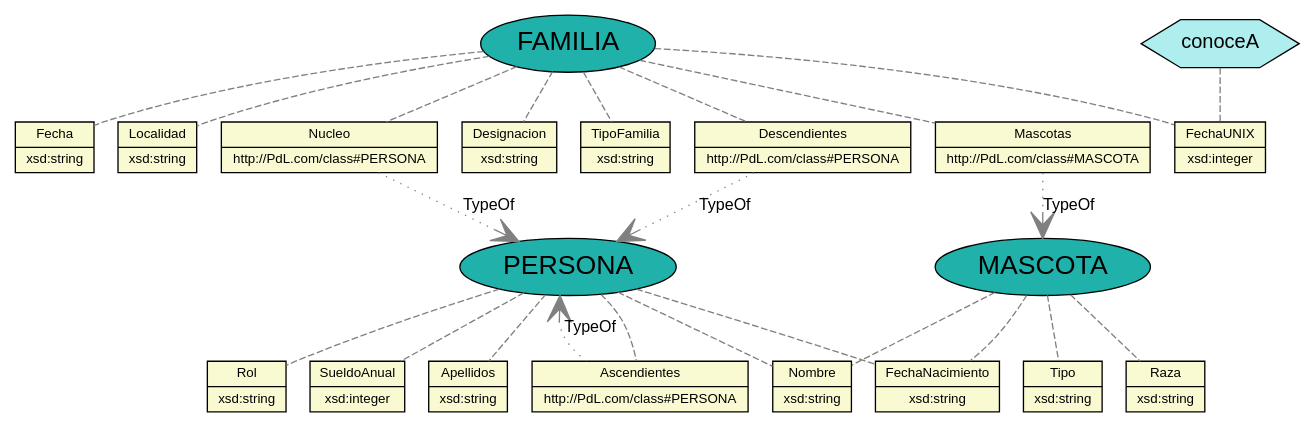
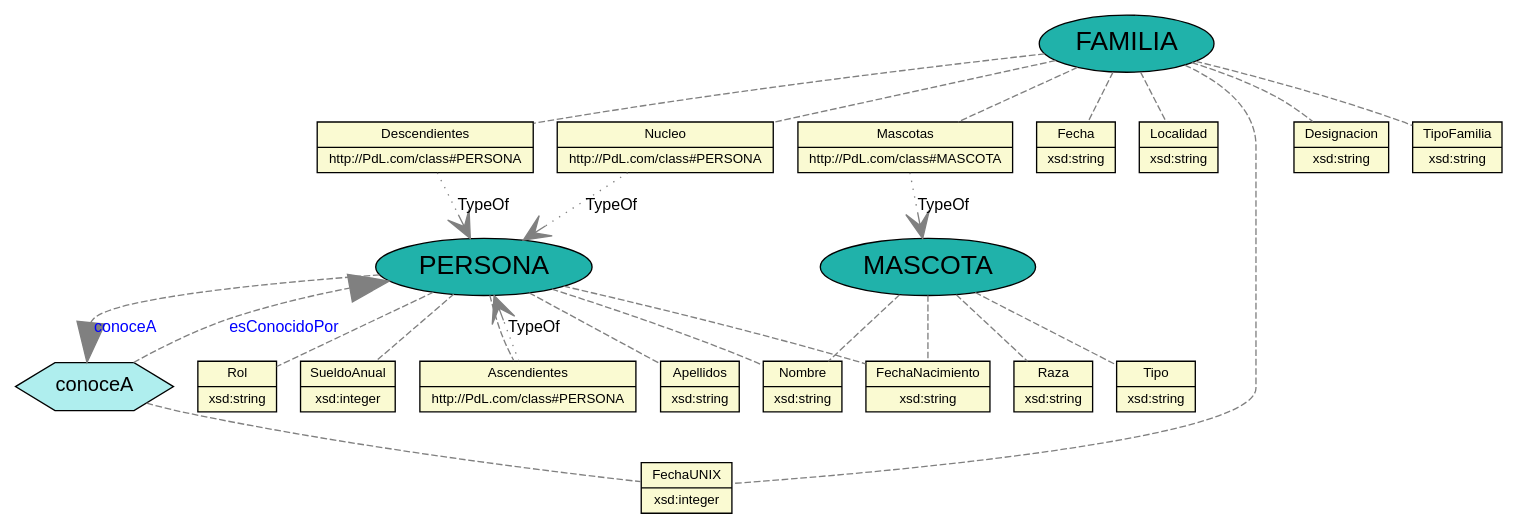
Before and after one commit to JuanCasado/Lenguajes: the diagram in Output/archivo_dot_domain.dot, drawn with Graphviz. The commit also changed 12 other files, not shown here.

```diff
--- a/Output/archivo_dot_domain.dot
+++ b/Output/archivo_dot_domain.dot
@@ -1,65 +1,71 @@
 graph ejemplo{
 //Defecto
 node [fontname="Arial"];
 edge [fontname="Arial",fontsize=12];
 
 //PROPERTIES
 node[fontsize=10, fillcolor="lightgoldenrodyellow", style="filled", shape="record", ]
 property_Apellidos [label="{Apellidos|xsd:string}"];
 property_Mascotas [label="{Mascotas|http://PdL.com/class#MASCOTA}"];
 property_Fecha [label="{Fecha|xsd:string}"];
 property_FechaNacimiento [label="{FechaNacimiento|xsd:string}"];
 property_Tipo [label="{Tipo|xsd:string}"];
 property_Descendientes [label="{Descendientes|http://PdL.com/class#PERSONA}"];
 property_Raza [label="{Raza|xsd:string}"];
 property_Localidad [label="{Localidad|xsd:string}"];
 property_Rol [label="{Rol|xsd:string}"];
 property_SueldoAnual [label="{SueldoAnual|xsd:integer}"];
 property_FechaUNIX [label="{FechaUNIX|xsd:integer}"];
 property_Nucleo [label="{Nucleo|http://PdL.com/class#PERSONA}"];
 property_Nombre [label="{Nombre|xsd:string}"];
 property_Ascendientes [label="{Ascendientes|http://PdL.com/class#PERSONA}"];
 property_Designacion [label="{Designacion|xsd:string}"];
 property_TipoFamilia [label="{TipoFamilia|xsd:string}"];
 
 //CLASES
 node[fontsize=20, fillcolor="lightseagreen", style="filled", shape="ellipse", ]
 class_PERSONA [label=PERSONA];
 class_MASCOTA [label=MASCOTA];
 class_FAMILIA [label=FAMILIA];
 
 //RELACIONES
 node[fontsize=15, fillcolor="paleturquoise", style="filled", shape="hexagon", ]
 relationship_conoceA [label=conoceA];
 
 //CLASE -- PROPIEDAD
 edge[len_relationship="3", style="dashed", color="grey", ]
+class_PERSONA -- property_Nombre;
+class_PERSONA -- property_Apellidos;
+class_PERSONA -- property_Rol;
+class_PERSONA -- property_FechaNacimiento;
+class_PERSONA -- property_SueldoAnual;
+class_PERSONA -- property_Ascendientes;
+class_MASCOTA -- property_Tipo;
+class_MASCOTA -- property_Nombre;
+class_MASCOTA -- property_Raza;
+class_MASCOTA -- property_FechaNacimiento;
+class_FAMILIA -- property_FechaUNIX;
+class_FAMILIA -- property_Fecha;
+class_FAMILIA -- property_Localidad;
+class_FAMILIA -- property_TipoFamilia;
+class_FAMILIA -- property_Designacion;
+class_FAMILIA -- property_Nucleo;
+class_FAMILIA -- property_Descendientes;
+class_FAMILIA -- property_Mascotas;
 
-class_PERSONA -- property_Nombre
-class_PERSONA -- property_Apellidos
-class_PERSONA -- property_Rol
-class_PERSONA -- property_FechaNacimiento
-class_PERSONA -- property_SueldoAnual
-class_PERSONA -- property_Ascendientes
-class_MASCOTA -- property_Tipo
-class_MASCOTA -- property_Nombre
-class_MASCOTA -- property_Raza
-class_MASCOTA -- property_FechaNacimiento
-class_FAMILIA -- property_FechaUNIX
-class_FAMILIA -- property_Fecha
-class_FAMILIA -- property_Localidad
-class_FAMILIA -- property_TipoFamilia
-class_FAMILIA -- property_Designacion
-class_FAMILIA -- property_Nucleo
-class_FAMILIA -- property_Descendientes
-class_FAMILIA -- property_Mascotas
 //RELACION -- PROPIEDAD
-relationship_conoceA -- property_FechaUNIX
-edge[arrowsize=2, style="dotted", arrowhead="vee", dir="forward", ]
+relationship_conoceA -- property_FechaUNIX;
+
 // uso indirecto de definición de tipos
-property_Mascotas -- class_MASCOTA [label="TypeOf"];
-property_Descendientes -- class_PERSONA [label="TypeOf"];
-property_Nucleo -- class_PERSONA [label="TypeOf"];
-property_Ascendientes -- class_PERSONA [label="TypeOf"];
+property_Mascotas -- class_MASCOTA [arrowsize=2, style="dotted", arrowhead="vee", dir="forward", label="TypeOf"];
+property_Descendientes -- class_PERSONA [arrowsize=2, style="dotted", arrowhead="vee", dir="forward", label="TypeOf"];
+property_Nucleo -- class_PERSONA [arrowsize=2, style="dotted", arrowhead="vee", dir="forward", label="TypeOf"];
+property_Ascendientes -- class_PERSONA [arrowsize=2, style="dotted", arrowhead="vee", dir="forward", label="TypeOf"];
+
+// herencias
+
+// enlaces de relaciones
+class_PERSONA -- relationship_conoceA [arrowsize=3, arrowhead="normal", dir="back", label="conoceA"fontcolor=blue,dir=forward,arrowhead=normal];
+relationship_conoceA -- class_PERSONA [arrowsize=3, arrowhead="normal", dir="back", label="esConocidoPor"fontcolor=blue,dir=forward,arrowhead=normal];
 
 }
```
